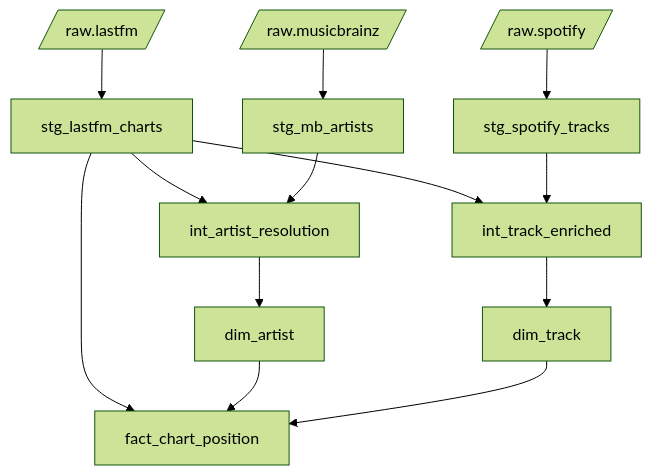
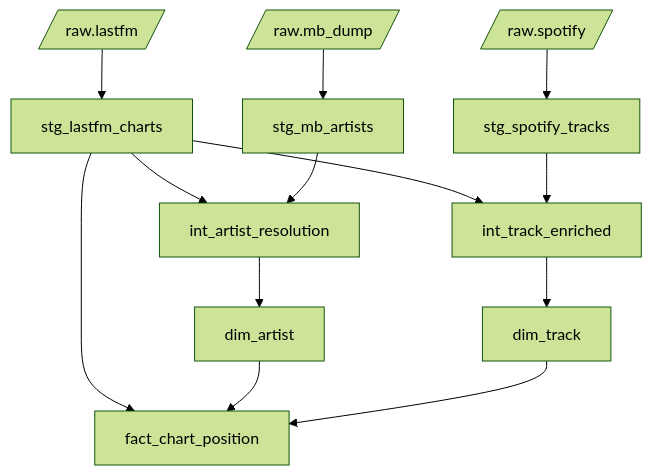
The second of 3 diagrams in TDD.md (dbryne03/gcp-music-0001), drawn with Mermaid (forest theme) before and after one commit. The commit also changed other lines of this file and 1 other file, not shown here.

````diff
--- a/TDD.md
+++ b/TDD.md
@@ -211,23 +207,23 @@
 ```mermaid
 flowchart TD
     SRC_LFM[/"raw.lastfm"/]
-    SRC_MB[/"raw.musicbrainz"/]
+    SRC_MB[/"raw.mb_dump"/]
     SRC_SP[/"raw.spotify"/]
 
     SRC_LFM --> stg_lastfm_charts
     SRC_MB  --> stg_mb_artists
     SRC_SP  --> stg_spotify_tracks
 
     stg_lastfm_charts --> int_artist_resolution
     stg_mb_artists    --> int_artist_resolution
 
     stg_lastfm_charts --> int_track_enriched
     stg_spotify_tracks --> int_track_enriched
 
     int_artist_resolution --> dim_artist
     int_track_enriched    --> dim_track
 
     stg_lastfm_charts --> fact_chart_position
     dim_artist        --> fact_chart_position
     dim_track         --> fact_chart_position
 ```
````
